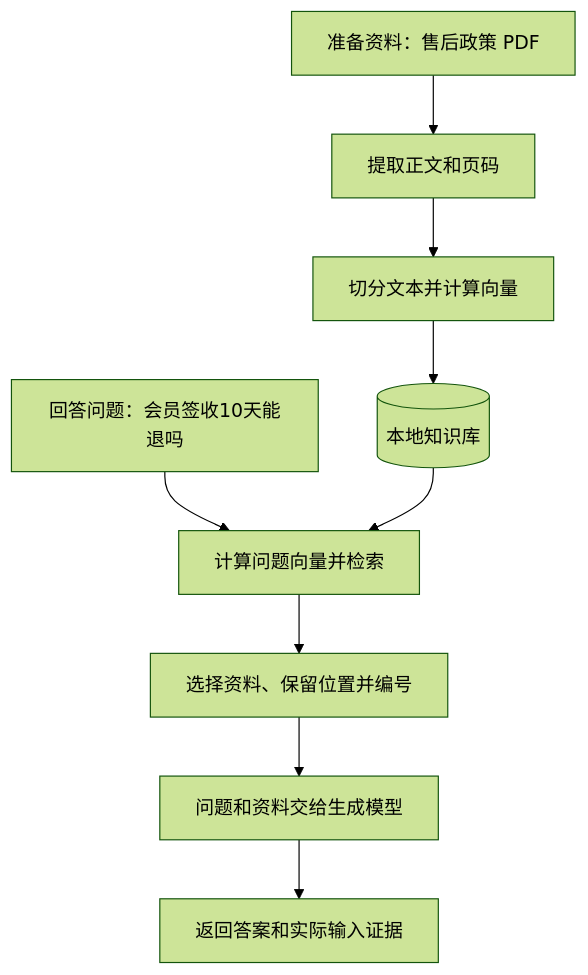
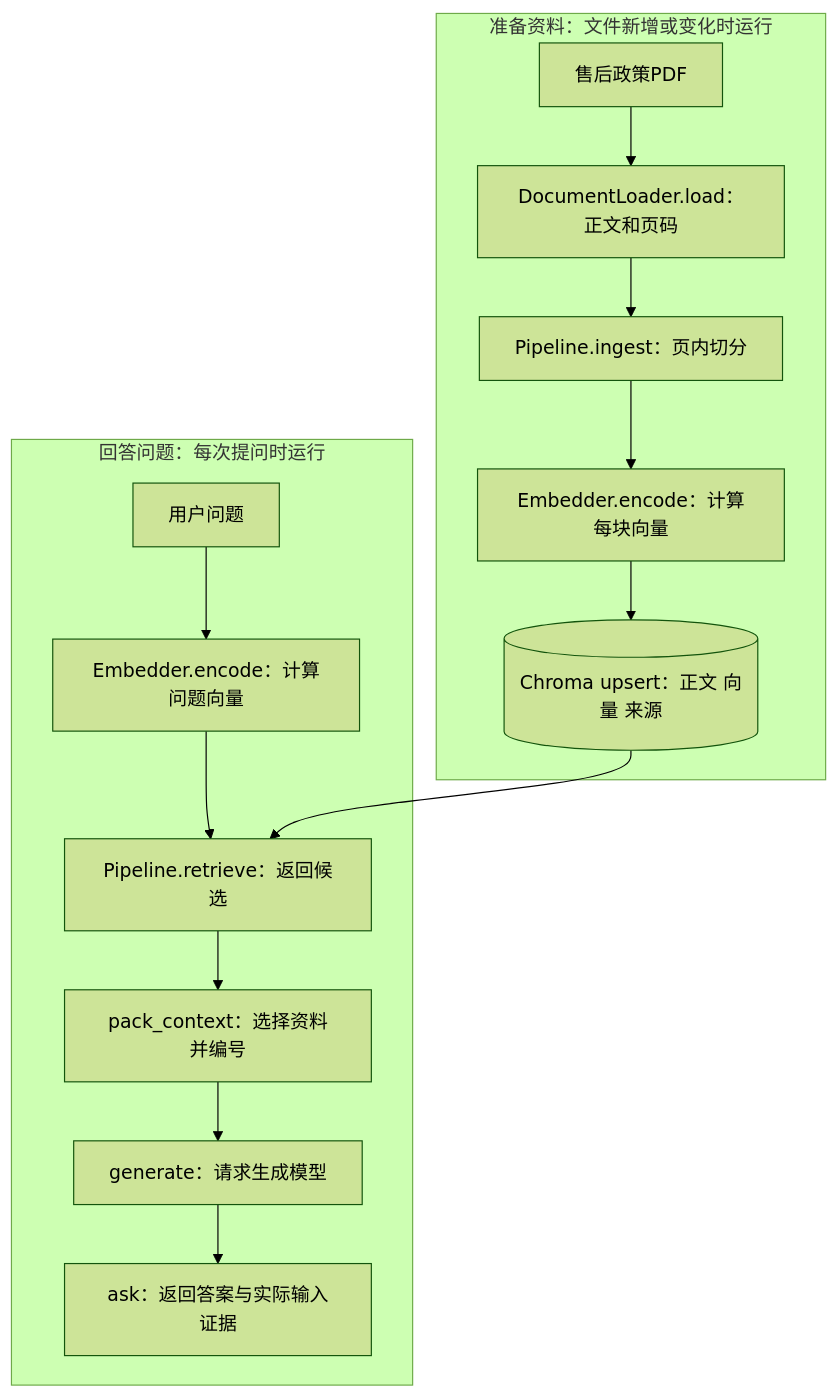
Before and after one commit to benx92/ai-learning-notes: the diagram in 13-RAG实战从文档到问答系统.md, drawn with Mermaid (forest theme). The commit also changed other lines of this file and 43 other files, not shown here.

````diff
--- a/13-RAG实战从文档到问答系统.md
+++ b/13-RAG实战从文档到问答系统.md
@@ -77,11 +51,17 @@
 ```mermaid
 flowchart TD
-    A[准备资料：售后政策 PDF] --> B[提取正文和页码]
-    B --> C[切分文本并计算向量]
-    C --> D[(本地知识库)]
-    E[回答问题：会员签收10天能退吗] --> F[计算问题向量并检索]
-    D --> F
-    F --> G[选择资料、保留位置并编号]
-    G --> H[问题和资料交给生成模型]
-    H --> I[返回答案和实际输入证据]
+    subgraph Prepare[准备资料：文件新增或变化时运行]
+        A[售后政策PDF] --> B[DocumentLoader.load：正文和页码]
+        B --> C[Pipeline.ingest：页内切分]
+        C --> D[Embedder.encode：计算每块向量]
+        D --> E[(Chroma upsert：正文 向量 来源)]
+    end
+    subgraph Answer[回答问题：每次提问时运行]
+        Q[用户问题] --> V[Embedder.encode：计算问题向量]
+        V --> R[Pipeline.retrieve：返回候选]
+        R --> S[pack_context：选择资料并编号]
+        S --> L[generate：请求生成模型]
+        L --> O[ask：返回答案与实际输入证据]
+    end
+    E --> R
 ```
````
